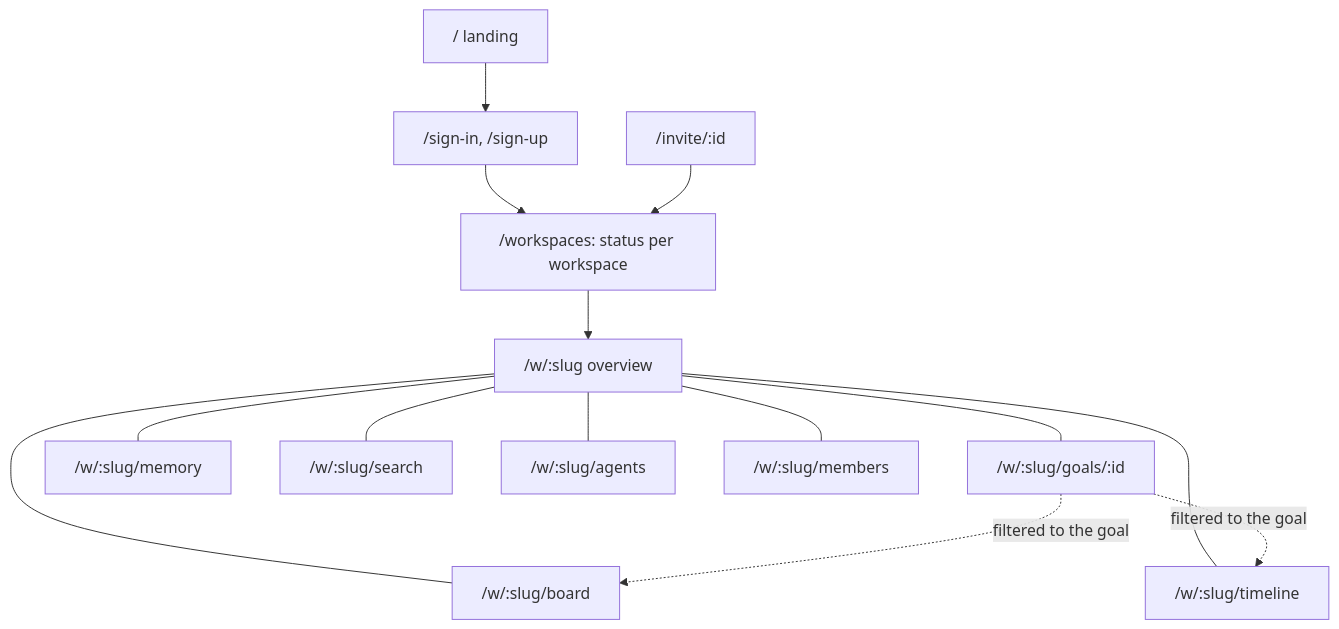
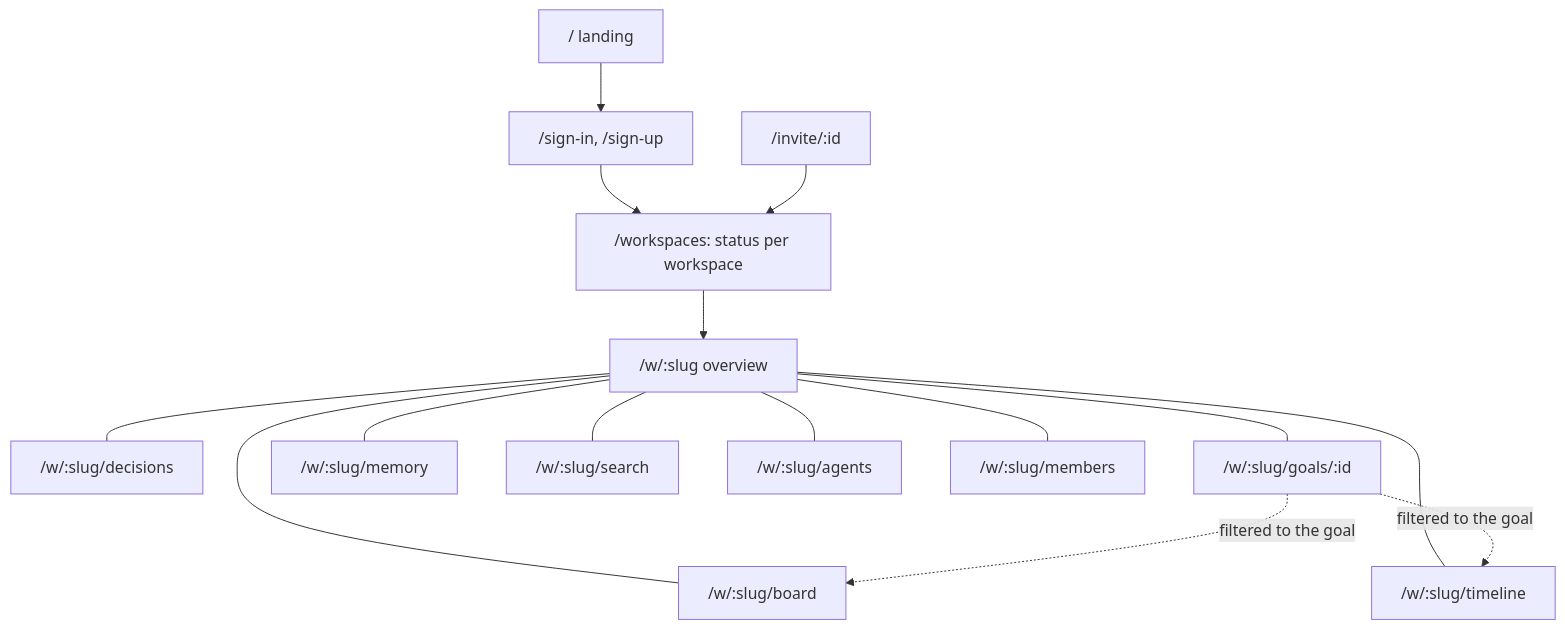
Before and after one commit to orweis/phean: the third of 3 diagrams in docs/UX.md, drawn with Mermaid. The commit also changed other lines of this file and 39 other files, not shown here.

````diff
--- a/docs/UX.md
+++ b/docs/UX.md
@@ -165,16 +166,17 @@
 ```mermaid
 flowchart TD
     Home["/ landing"] --> SignIn["/sign-in, /sign-up"]
     SignIn --> Workspaces["/workspaces: status per workspace"]
     Invite["/invite/:id"] --> Workspaces
     Workspaces --> Overview["/w/:slug overview"]
+    Overview --- Decisions["/w/:slug/decisions"]
     Overview --- Board["/w/:slug/board"]
     Overview --- Timeline["/w/:slug/timeline"]
     Overview --- Goal["/w/:slug/goals/:id"]
     Goal -.->|filtered to the goal| Board
     Goal -.->|filtered to the goal| Timeline
     Overview --- MemoryPage["/w/:slug/memory"]
     Overview --- SearchPage["/w/:slug/search"]
     Overview --- AgentsPage["/w/:slug/agents"]
     Overview --- Members["/w/:slug/members"]
 ```
````
